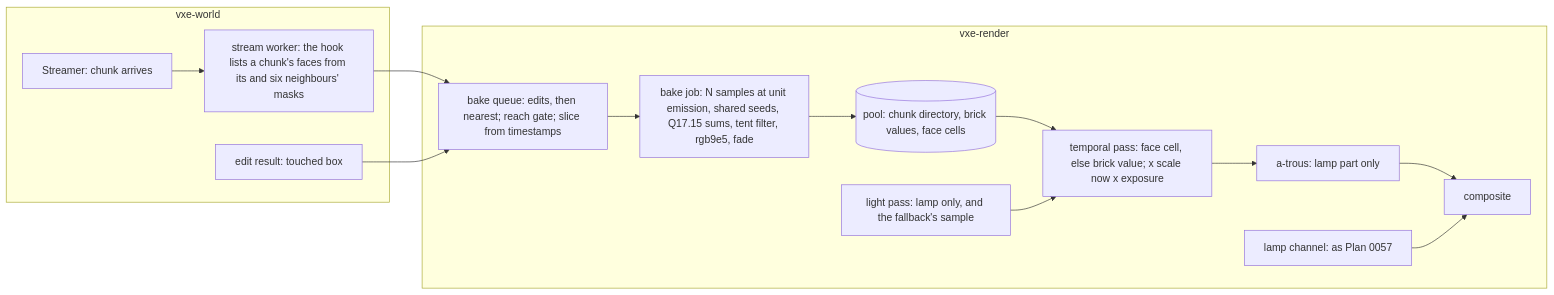
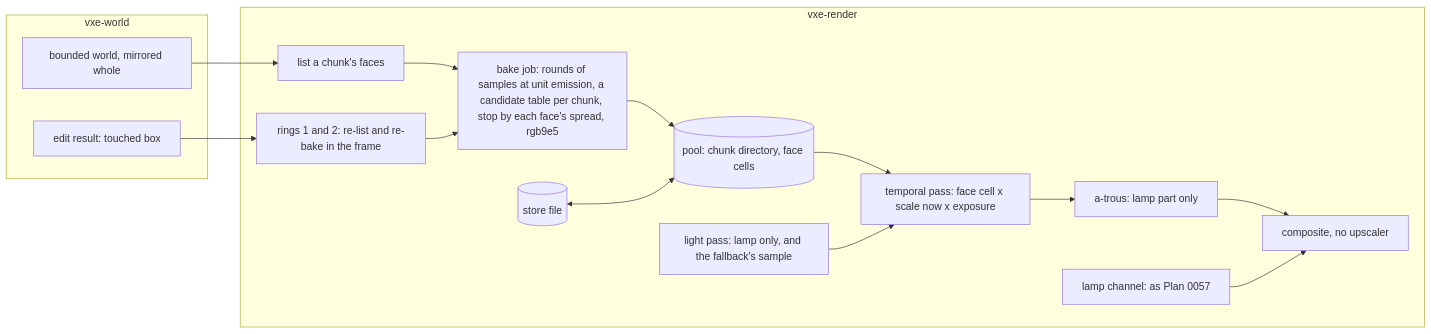
Before and after one commit to IgorKonovalov/voxel-engine: the diagram in docs/plans/0059-loaded-light-a-per-chunk-store-baked-at-load-and-at-edit.md, drawn with Mermaid. The commit also changed other lines of this file and 4 other files, not shown here.

````diff
--- a/docs/plans/0059-loaded-light-a-per-chunk-store-baked-at-load-and-at-edit.md
+++ b/docs/plans/0059-loaded-light-a-per-chunk-store-baked-at-load-and-at-edit.md
@@ -164,17 +210,19 @@
 ```mermaid
 flowchart LR
     subgraph vxe-world
-        S[Streamer: chunk arrives] --> W[stream worker: the hook lists a chunk's faces from its and six neighbours' masks]
+        S[bounded world, mirrored whole]
         ED[edit result: touched box]
     end
     subgraph vxe-render
-        W --> Q[bake queue: edits, then nearest; reach gate; slice from timestamps]
-        ED --> Q
-        Q --> J[bake job: N samples at unit emission, shared seeds, Q17.15 sums, tent filter, rgb9e5, fade]
-        J --> P[(pool: chunk directory, brick values, face cells)]
-        P --> TP[temporal pass: face cell, else brick value; x scale now x exposure]
+        S --> LI[list a chunk's faces]
+        LI --> J[bake job: rounds of samples at unit emission, a candidate table per chunk, stop by each face's spread, rgb9e5]
+        ED --> R[rings 1 and 2: re-list and re-bake in the frame]
+        R --> J
+        J --> P[(pool: chunk directory, face cells)]
+        F[(store file)] <--> P
+        P --> TP[temporal pass: face cell x scale now x exposure]
         L[light pass: lamp only, and the fallback's sample] --> TP
-        TP --> AT[a-trous: lamp part only] --> C[composite]
+        TP --> AT[a-trous: lamp part only] --> C[composite, no upscaler]
         PU[lamp channel: as Plan 0057] --> C
     end
 ```
````
